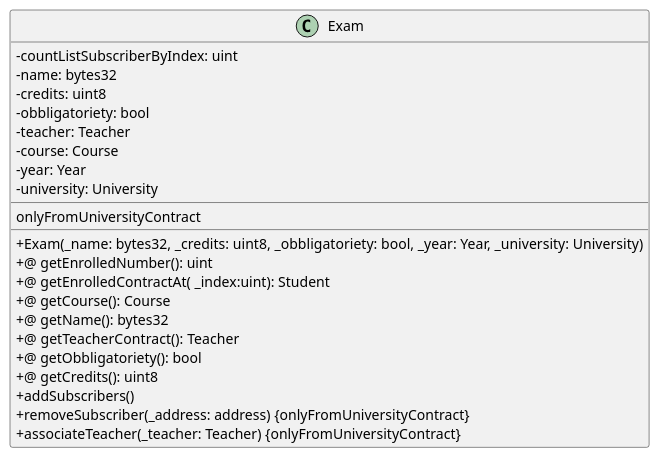
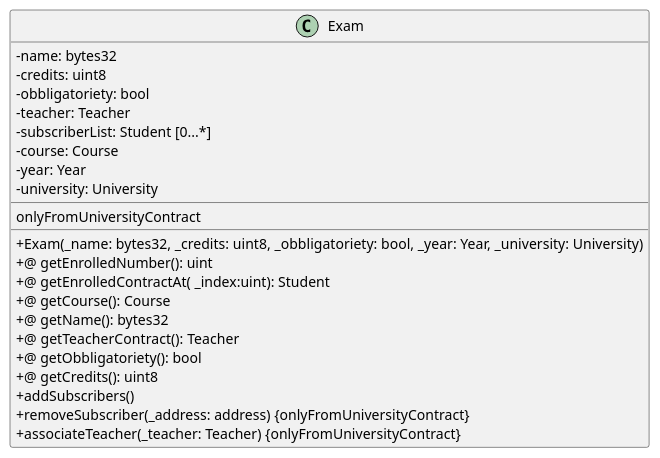
One commit to M9k/Marvin-Uml changed the diagram in Solidity/Contracts/Exam.iuml. Above: the diagram before and after it, drawn with PlantUML. The commit also changed 7 other files, not shown here.

```diff
--- a/Solidity/Contracts/Exam.iuml
+++ b/Solidity/Contracts/Exam.iuml
@@ -1,27 +1,27 @@
 @startuml
 skinparam classAttributeIconSize 0
 class Exam{
-- countListSubscriberByIndex: uint
 - name: bytes32
 - credits: uint8
 - obbligatoriety: bool
 - teacher: Teacher
+- subscriberList: Student [0...*]
 - course: Course
 - year: Year
 - university: University
 __
 onlyFromUniversityContract
 __
 + Exam(_name: bytes32, _credits: uint8, _obbligatoriety: bool, _year: Year, _university: University)
 +@ getEnrolledNumber(): uint
 +@ getEnrolledContractAt( _index:uint): Student
 +@ getCourse(): Course
 +@ getName(): bytes32
 +@ getTeacherContract(): Teacher
 +@ getObbligatoriety(): bool
 +@ getCredits(): uint8
 + addSubscribers()
 + removeSubscriber(_address: address) {onlyFromUniversityContract}
 + associateTeacher(_teacher: Teacher) {onlyFromUniversityContract}
 }
 @enduml
```
